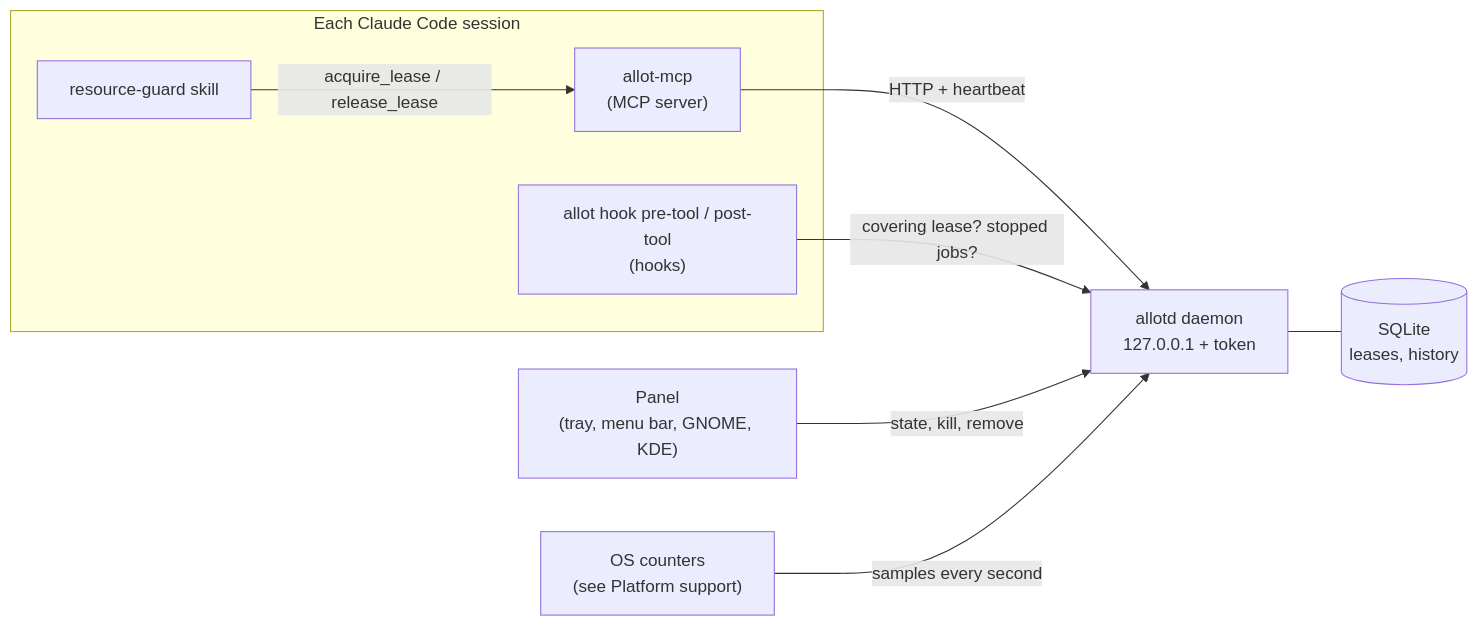
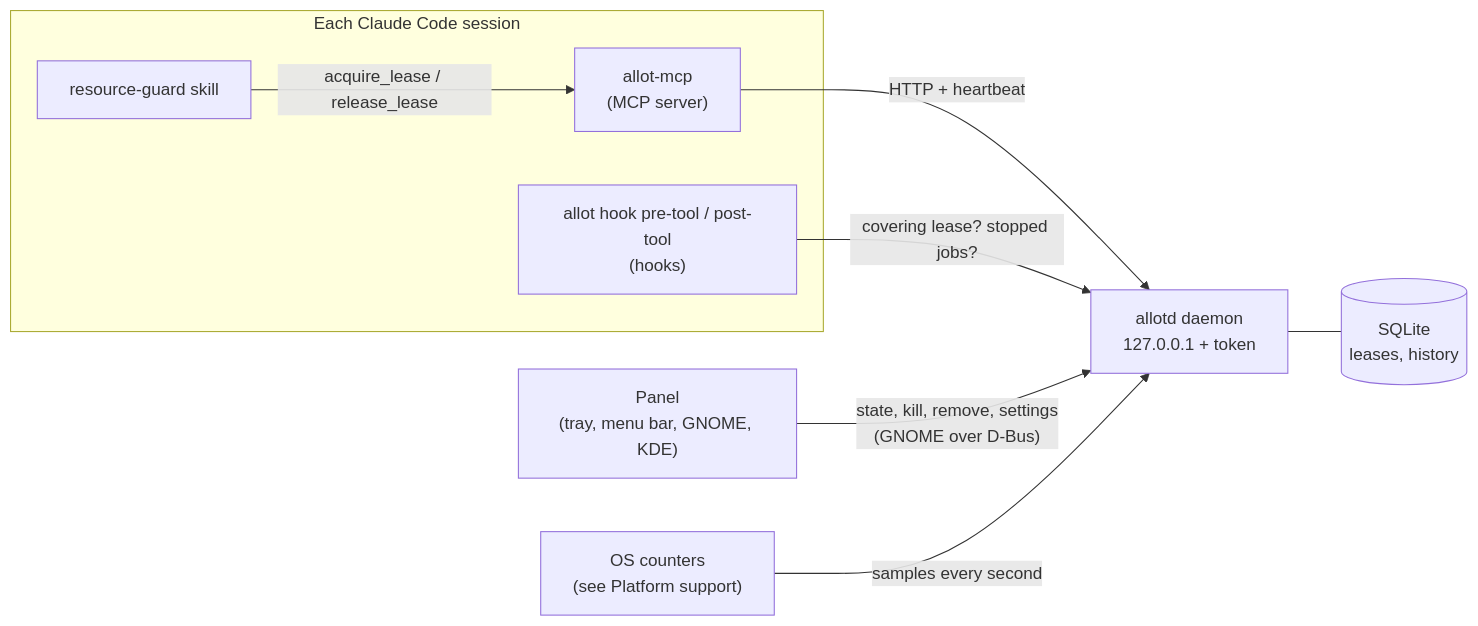
One commit to meh7an/allot changed the diagram in docs/how-it-works.md. Above: the diagram before and after it, drawn with Mermaid. The commit also changed other lines of this file and 67 other files, not shown here.

````diff
--- a/docs/how-it-works.md
+++ b/docs/how-it-works.md
@@ -6,19 +6,19 @@
 ```mermaid
 flowchart LR
     subgraph session["Each Claude Code session"]
         skill["resource-guard skill"]
         mcp["allot-mcp<br/>(MCP server)"]
         hook["allot hook pre-tool / post-tool<br/>(hooks)"]
     end
     panel["Panel<br/>(tray, menu bar, GNOME, KDE)"]
     allotd["allotd daemon<br/>127.0.0.1 + token"]
     db[("SQLite<br/>leases, history")]
     os["OS counters<br/>(see Platform support)"]
 
     skill -- "acquire_lease / release_lease" --> mcp
     mcp -- "HTTP + heartbeat" --> allotd
     hook -- "covering lease? stopped jobs?" --> allotd
-    panel -- "state, kill, remove" --> allotd
+    panel -- "state, kill, remove, settings<br/>(GNOME over D-Bus)" --> allotd
     allotd --- db
     os -- "samples every second" --> allotd
 ```
````
